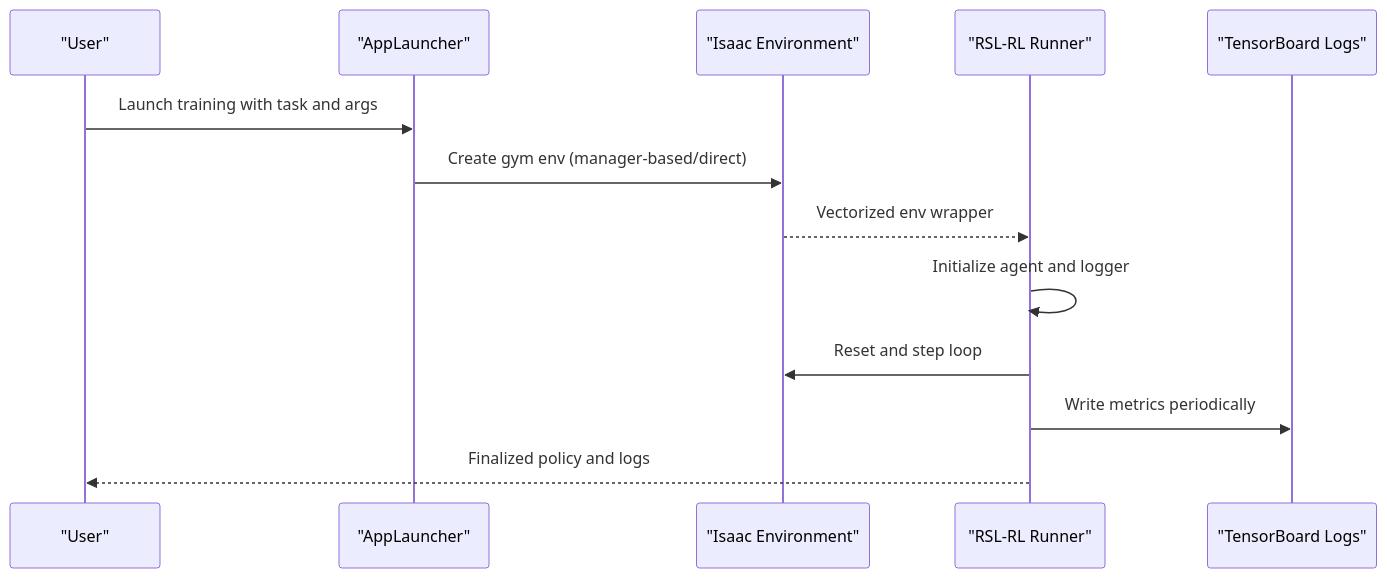
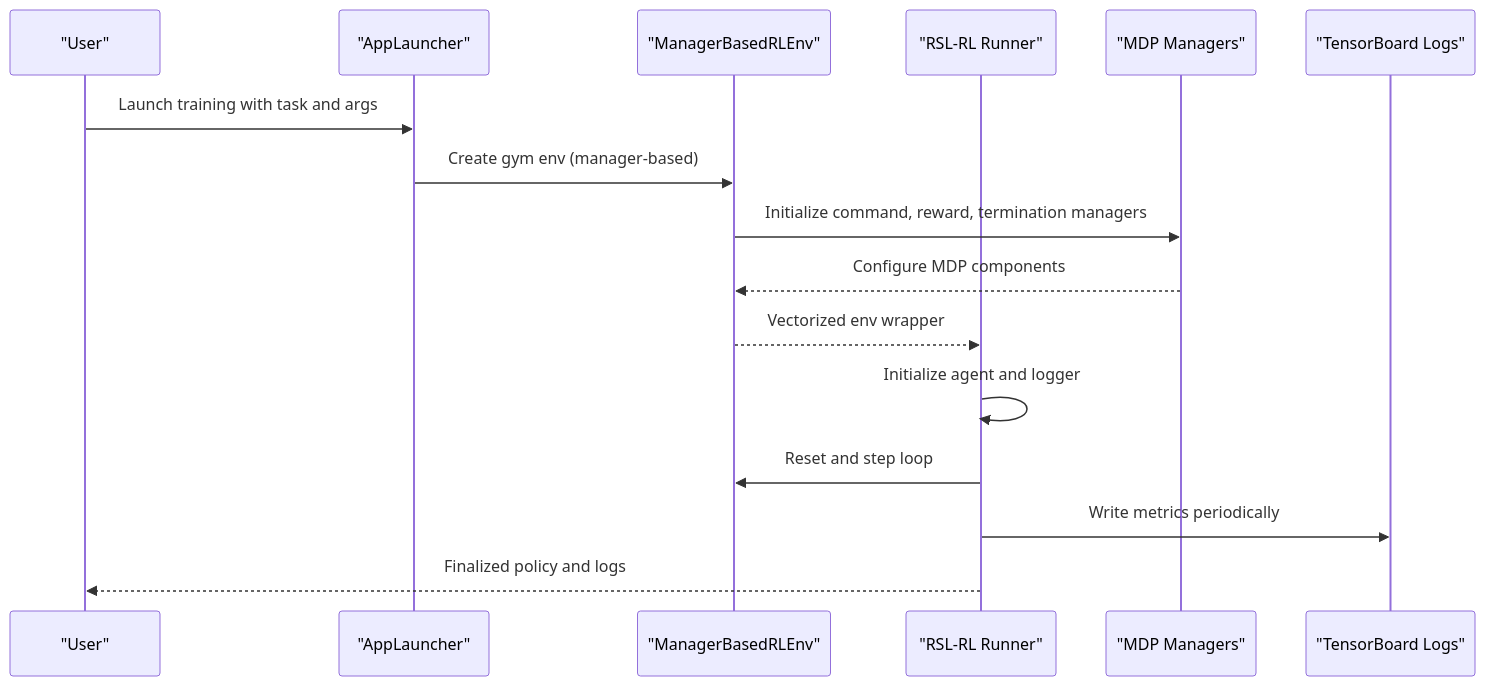
Before and after one commit to jayjayhust/extreme-quadruped-parkour: the second of 10 diagrams in .qoder/repowiki/en/content/Training and Experimentation/Training and Experimentation.md, drawn with Mermaid. The commit also changed other lines of this file and 444 other files, not shown here.

````diff
--- a/.qoder/repowiki/en/content/Training and Experimentation/Training and Experimentation.md
+++ b/.qoder/repowiki/en/content/Training and Experimentation/Training and Experimentation.md
@@ -72,15 +91,18 @@
 ```mermaid
 sequenceDiagram
 participant User as "User"
 participant Launcher as "AppLauncher"
-participant Env as "Isaac Environment"
+participant Env as "ManagerBasedRLEnv"
 participant Runner as "RSL-RL Runner"
+participant Managers as "MDP Managers"
 participant TB as "TensorBoard Logs"
 User->>Launcher : Launch training with task and args
-Launcher->>Env : Create gym env (manager-based/direct)
+Launcher->>Env : Create gym env (manager-based)
+Env->>Managers : Initialize command, reward, termination managers
+Managers-->>Env : Configure MDP components
 Env-->>Runner : Vectorized env wrapper
 Runner->>Runner : Initialize agent and logger
 Runner->>Env : Reset and step loop
 Runner->>TB : Write metrics periodically
 Runner-->>User : Finalized policy and logs
 ```
````
